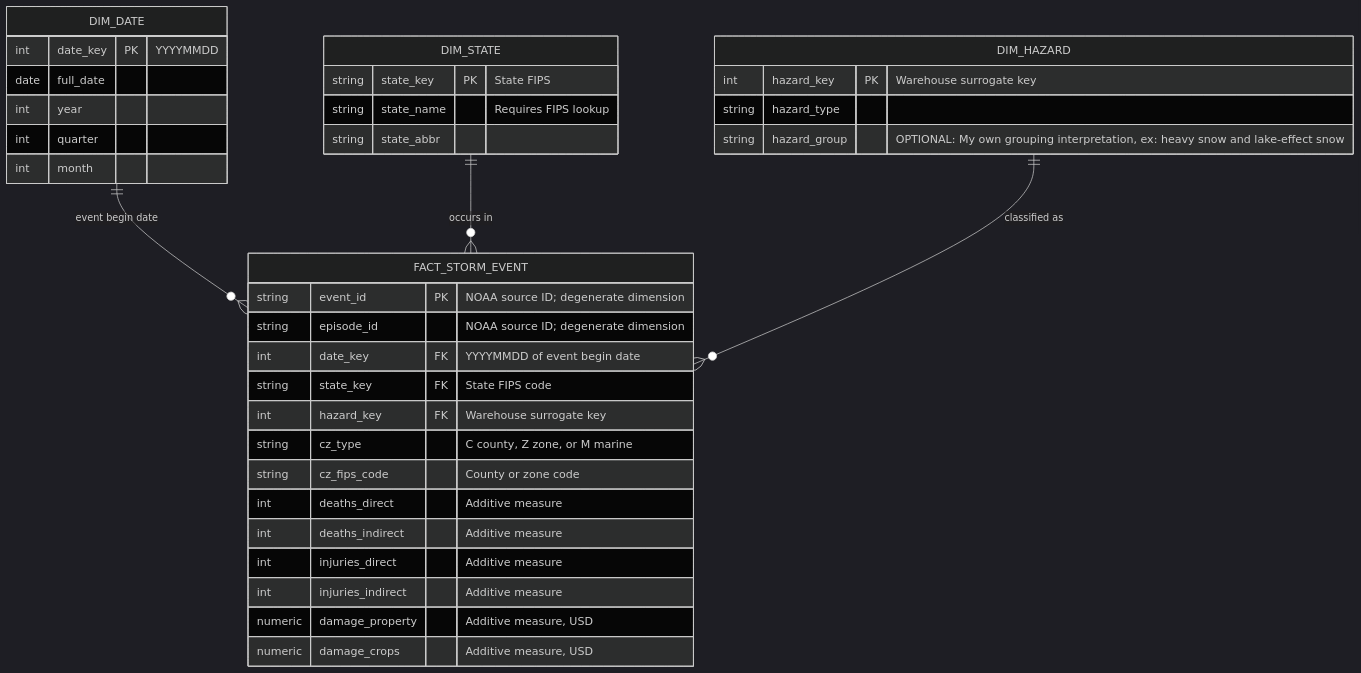
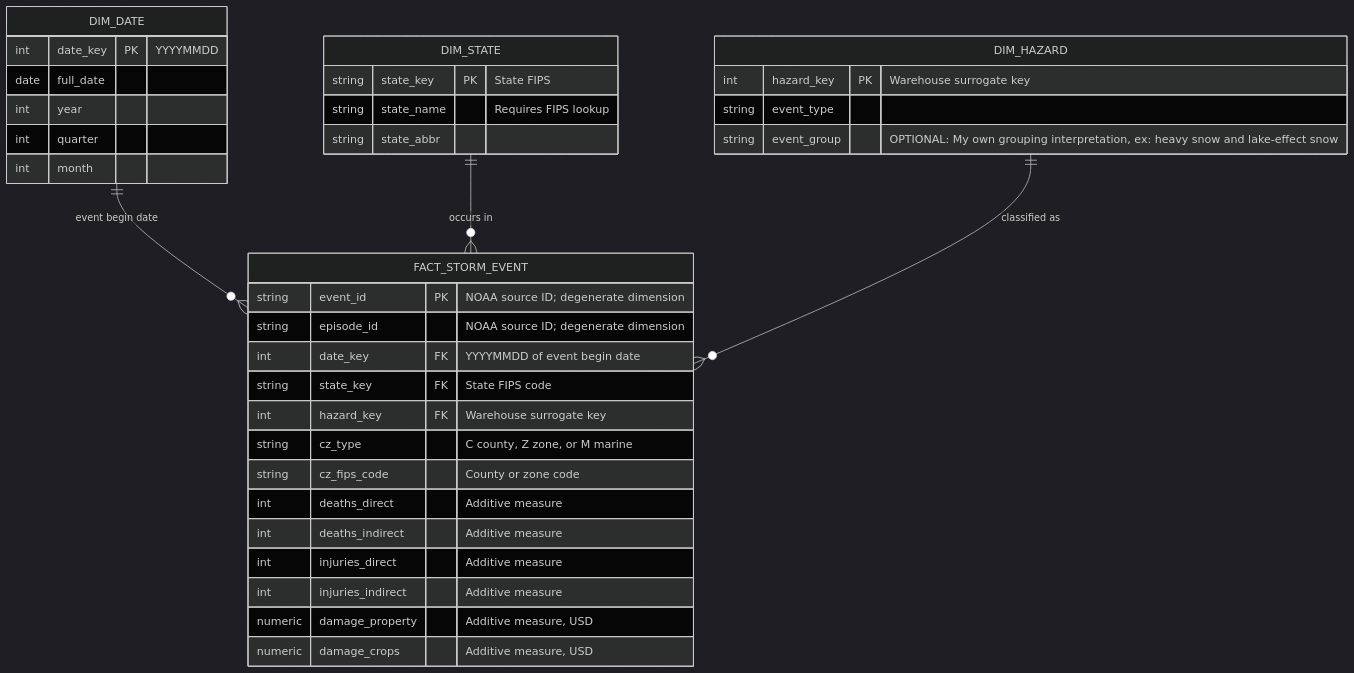
Before and after one commit to giro7292-st-thomas/SEIS-732-Data-Product-Project: the diagram in docs/p1_plan.md, drawn with Mermaid (dark theme). The commit also changed other lines of this file, not shown here.

````diff
--- a/docs/p1_plan.md
+++ b/docs/p1_plan.md
@@ -65,42 +65,42 @@
 ```mermaid
 erDiagram
     DIM_DATE ||--o{ FACT_STORM_EVENT : "event begin date"
     DIM_STATE ||--o{ FACT_STORM_EVENT : "occurs in"
     DIM_HAZARD ||--o{ FACT_STORM_EVENT : "classified as"
 
     FACT_STORM_EVENT {
         string event_id PK "NOAA source ID; degenerate dimension"
         string episode_id "NOAA source ID; degenerate dimension"
         int date_key FK "YYYYMMDD of event begin date"
         string state_key FK "State FIPS code"
         int hazard_key FK "Warehouse surrogate key"
         string cz_type "C county, Z zone, or M marine"
         string cz_fips_code "County or zone code"
         int deaths_direct "Additive measure"
         int deaths_indirect "Additive measure"
         int injuries_direct "Additive measure"
         int injuries_indirect "Additive measure"
         numeric damage_property "Additive measure, USD"
         numeric damage_crops "Additive measure, USD"
     }
 
     DIM_DATE {
         int date_key PK "YYYYMMDD"
         date full_date
         int year
         int quarter
         int month
     }
 
     DIM_STATE {
         string state_key PK "State FIPS"
         string state_name "Requires FIPS lookup"
         string state_abbr
     }
 
     DIM_HAZARD {
         int hazard_key PK "Warehouse surrogate key"
-        string hazard_type
-        string hazard_group "OPTIONAL: My own grouping interpretation, ex: heavy snow and lake-effect snow"
+        string event_type
+        string event_group "OPTIONAL: My own grouping interpretation, ex: heavy snow and lake-effect snow"
     }
 ```
````
